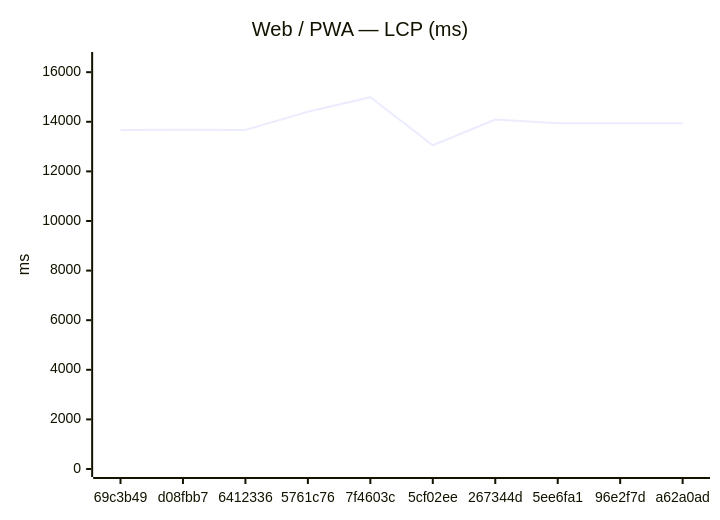
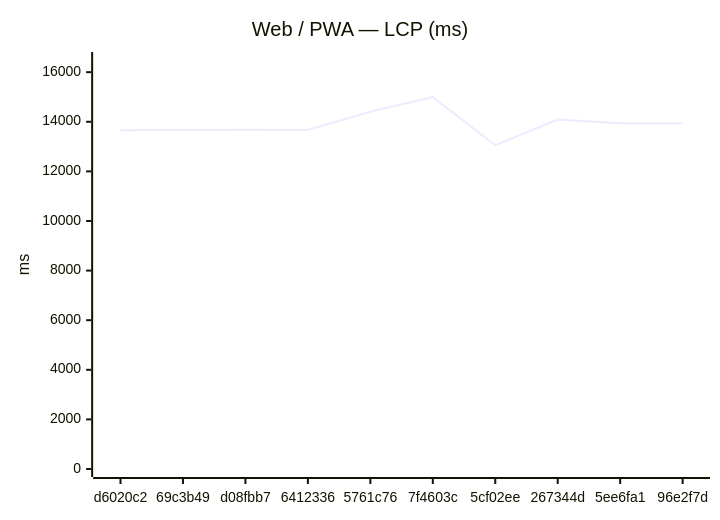
Before and after one commit to Metaheurist/Rianell: the first of 18 diagrams in benchmarks/compare.md, drawn with Mermaid. The commit also changed other lines of this file and 11 other files, not shown here.

````diff
--- a/benchmarks/compare.md
+++ b/benchmarks/compare.md
@@ -24,7 +24,7 @@
 ```mermaid
 xychart-beta
     title "Web / PWA — LCP (ms)"
-    x-axis ["69c3b49", "d08fbb7", "6412336", "5761c76", "7f4603c", "5cf02ee", "267344d", "5ee6fa1", "96e2f7d", "a62a0ad"]
+    x-axis ["d6020c2", "69c3b49", "d08fbb7", "6412336", "5761c76", "7f4603c", "5cf02ee", "267344d", "5ee6fa1", "96e2f7d"]
     y-axis "ms" 0 --> 16491
-    line [13664, 13678, 13670, 14406, 14991, 13053, 14092, 13942, 13945, 13945]
+    line [13654, 13664, 13678, 13670, 14406, 14991, 13053, 14092, 13942, 13945]
 ```
````
